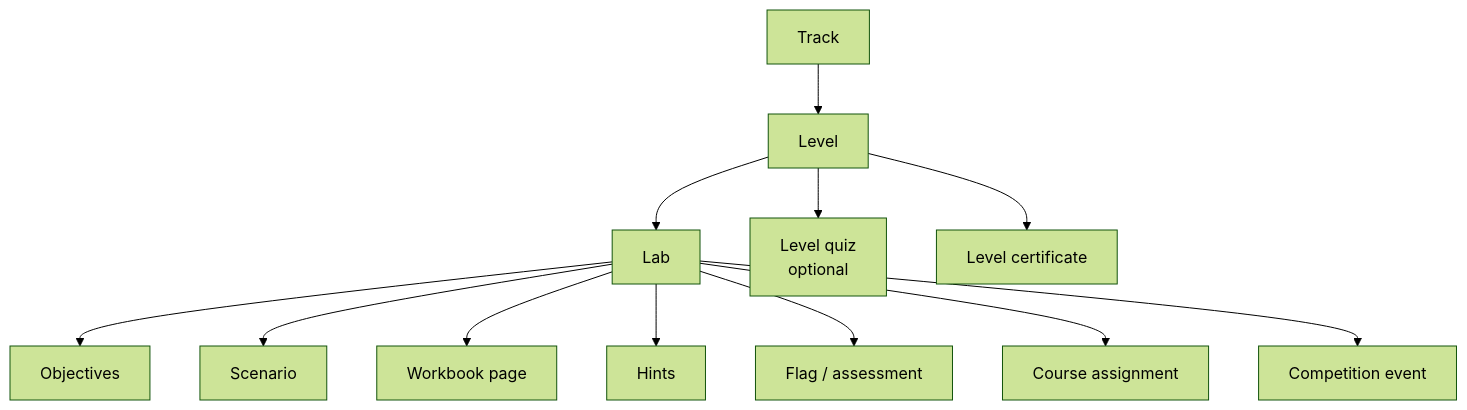
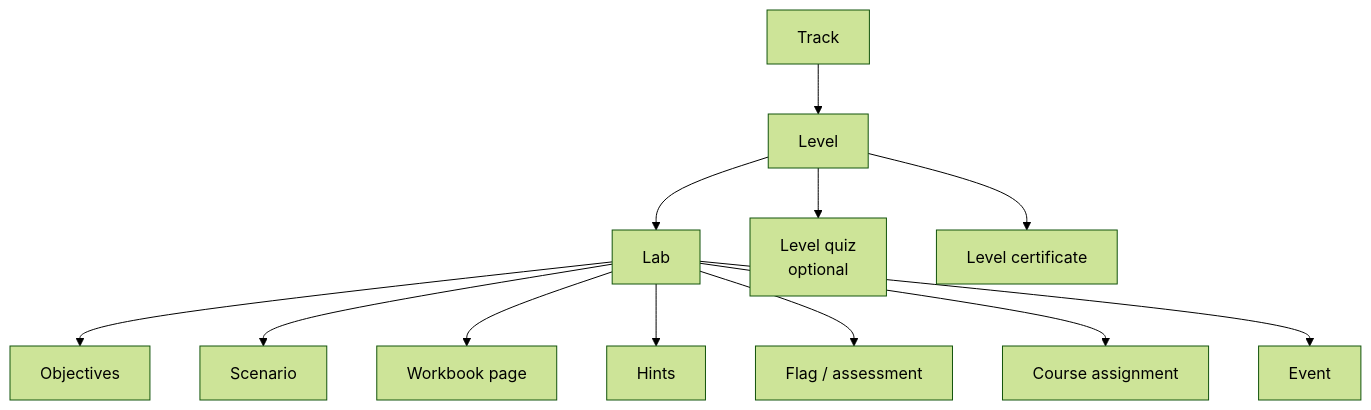
Before and after one commit to RobChaykoski/opencyberrange: the second of 2 diagrams in docs/LEARNING-FRAMEWORK.md, drawn with Mermaid (forest theme). The commit also changed other lines of this file and 14 other files, not shown here.

````diff
--- a/docs/LEARNING-FRAMEWORK.md
+++ b/docs/LEARNING-FRAMEWORK.md
@@ -65,27 +65,27 @@
 ```mermaid
 flowchart TB
     TRACK["Track"]
     LEVEL["Level"]
     LAB["Lab"]
     OBJ["Objectives"]
     SCEN["Scenario"]
     WB["Workbook page"]
     HINTS["Hints"]
     FLAG["Flag / assessment"]
     QUIZ["Level quiz<br/>optional"]
     CERT["Level certificate"]
     COURSE["Course assignment"]
-    COMP["Competition event"]
+    COMP["Event"]
 
     TRACK --> LEVEL
     LEVEL --> LAB
     LAB --> OBJ
     LAB --> SCEN
     LAB --> WB
     LAB --> HINTS
     LAB --> FLAG
     LEVEL --> QUIZ
     LEVEL --> CERT
     LAB --> COURSE
     LAB --> COMP
 ```
````
